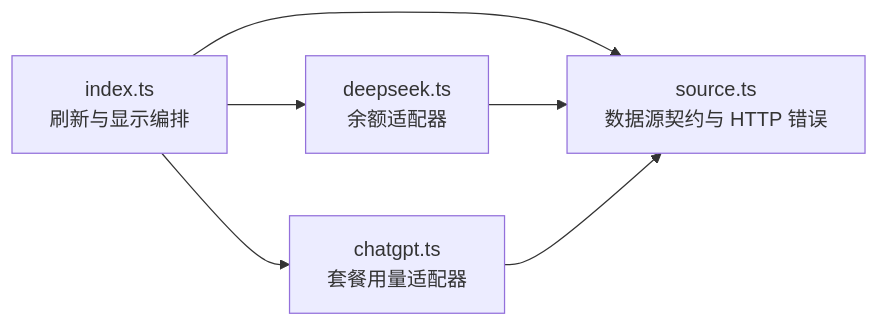
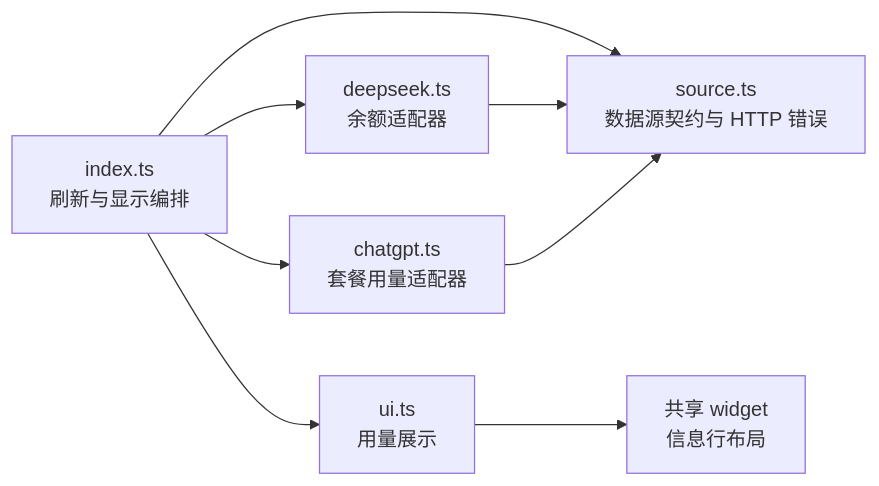
One commit to aqua2k1/pi-kits changed the first of 2 diagrams in extensions/provider-usage/docs/architecture.md. Above: the diagram before and after it, drawn with Mermaid. The commit also changed other lines of this file and 21 other files, not shown here.

````diff
--- a/extensions/provider-usage/docs/architecture.md
+++ b/extensions/provider-usage/docs/architecture.md
@@ -7,8 +7,10 @@
 ```mermaid
 flowchart LR
   entry["index.ts<br/>刷新与显示编排"] --> deepseek["deepseek.ts<br/>余额适配器"]
   entry --> chatgpt["chatgpt.ts<br/>套餐用量适配器"]
   entry --> source["source.ts<br/>数据源契约与 HTTP 错误"]
+  entry --> ui["ui.ts<br/>用量展示"]
+  ui --> widget["共享 widget<br/>信息行布局"]
   deepseek --> source
   chatgpt --> source
 ```
````
